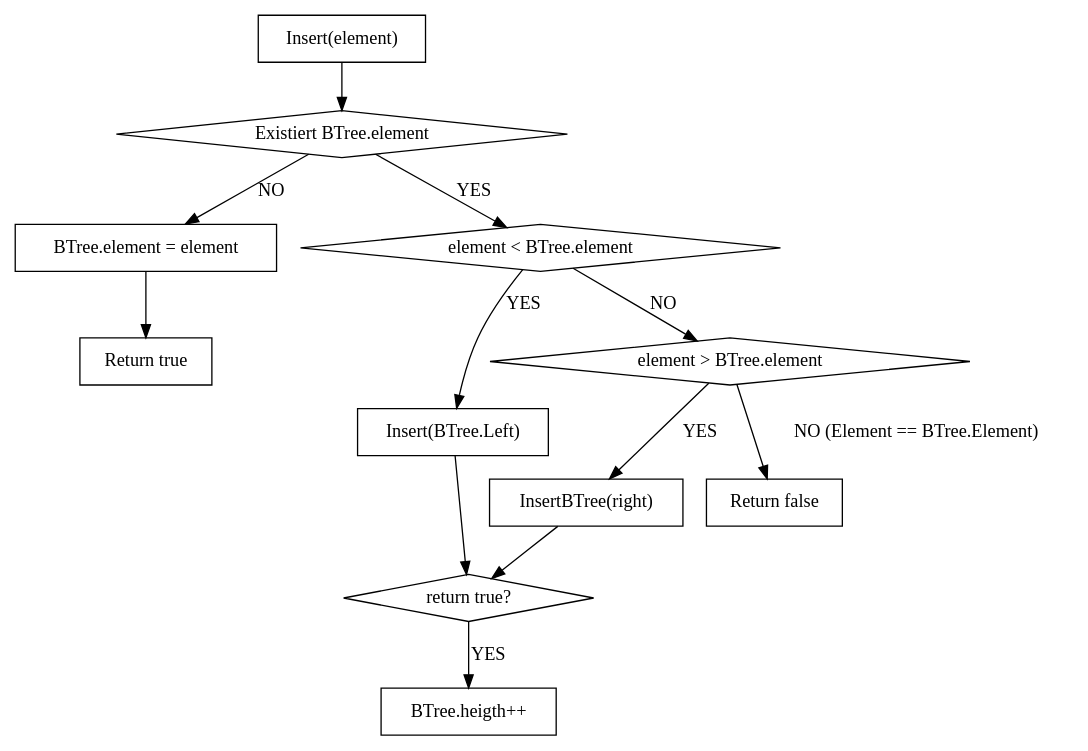
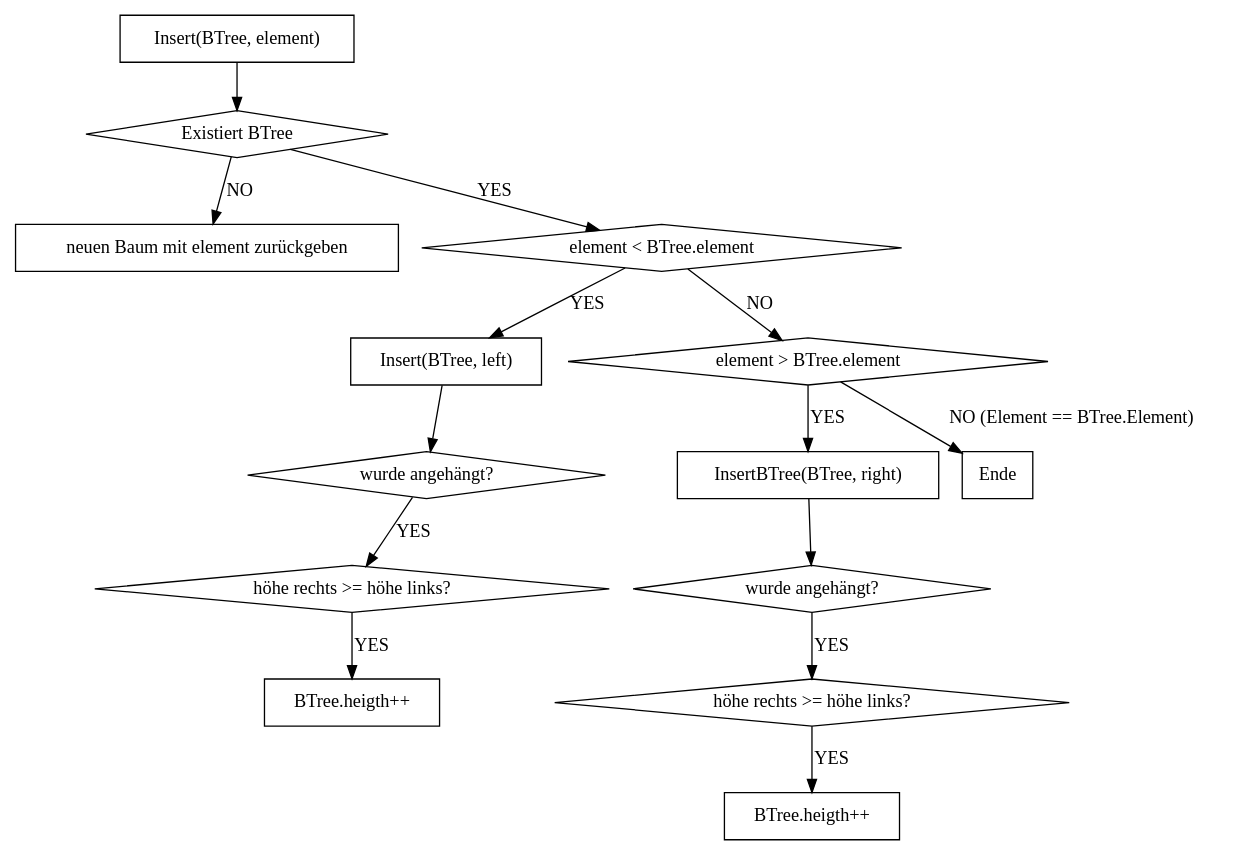
The diagram in doc/Insert.gv (hugoppp-uni/Algorithmen-und-Datenstrukturen), drawn with Graphviz before and after one commit.

```diff
--- a/doc/Insert.gv
+++ b/doc/Insert.gv
@@ -1,35 +1,44 @@
 digraph Q {
 
 node [shape = box];
 compound = true;
 
 //insert
-    a1 [label = "Insert(element)"]
+    a1 [label = "Insert(BTree, element)"]
     a1 -> a2
-    a2 [label = "Existiert BTree.element" shape = diamond]
+    a2 [label = "Existiert BTree" shape = diamond]
     a2-> b2 [label = "NO"]
-    b2 -> "Return true"
-    b2 [label = "BTree.element = element"]
+    b2 [label = "neuen Baum mit element zurückgeben"]
     a2 -> a3 [label = "YES"]
     a3 [label = "element < BTree.element" shape = diamond]
     a3 -> smaller [label = "YES"]
     a3 -> a4 [label = "NO"]
     a4 [label = "element > BTree.element" shape = diamond]
     a4 -> larger [label = "YES"]
-    a4 -> "Return false" [label = "NO (Element == BTree.Element)"]
-    smaller [label = "Insert(BTree.Left)"]
+    a4 -> "Ende" [label = "NO (Element == BTree.Element)"]
+    smaller [label = "Insert(BTree, left)"]
     //smaller -> a1
-    larger [label = "InsertBTree(right)"]
+    larger [label = "InsertBTree(BTree, right)"]
     //larger -> a1
 
-    smaller -> checkReturn
+    smaller -> checkReturnl
+    checkReturnl [label = "wurde angehängt?" shape = diamond]
+    checkReturnl -> checkReturnl2 [label = "YES"]
+    checkReturnl2 [label = "höhe rechts >= höhe links?" shape = diamond]
+    checkReturnl2 -> ret  [label = YES]
+    ret [label = "BTree.heigth++"]
+
+
+
     larger -> checkReturn
-    checkReturn [label = "return true?" shape = diamond]
-    checkReturn -> "BTree.heigth++" [label = YES]
+    checkReturn [label = "wurde angehängt?" shape = diamond]
+    checkReturn -> checkReturn2 [label = "YES"]
+    checkReturn2 [label = "höhe rechts >= höhe links?" shape = diamond]
+    checkReturn2 -> "BTree.heigth++" [label = YES]
 
 //a4 -> a3
 
 
 
 
 }
```
